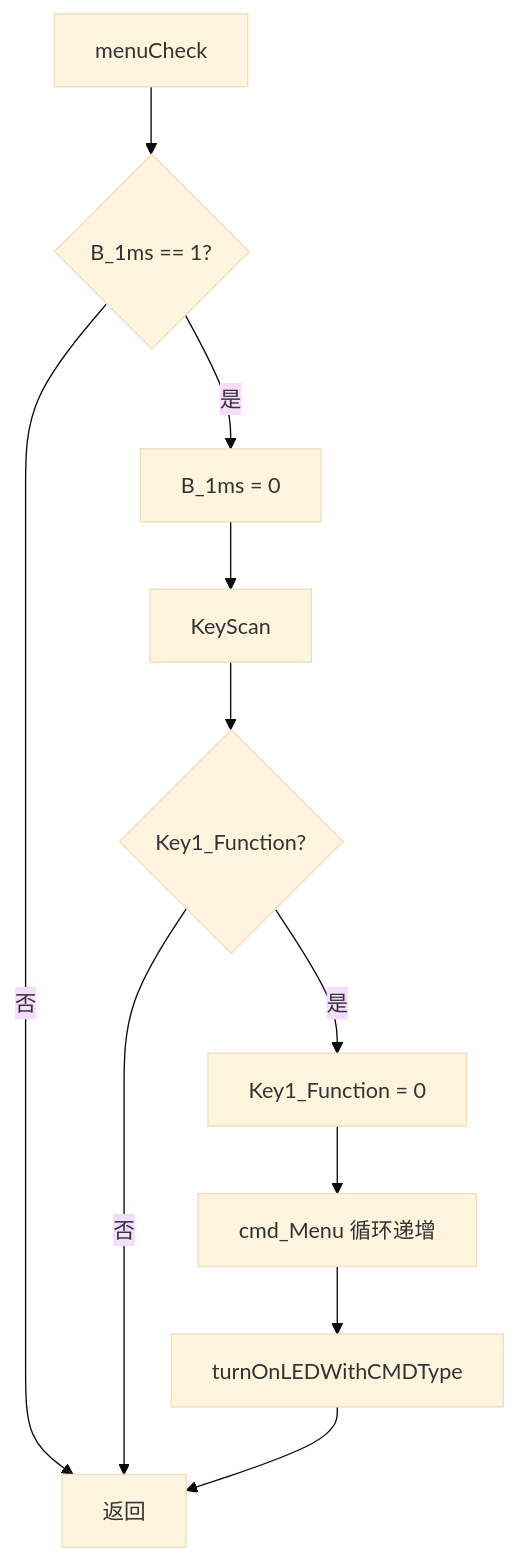
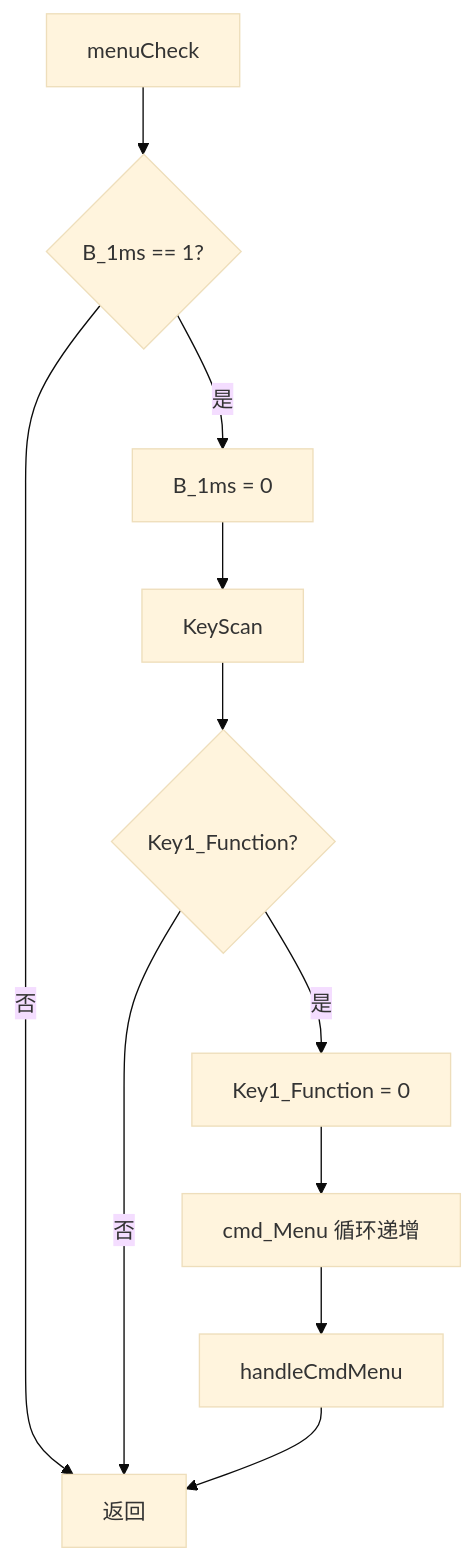
One commit to chensheng12330/SolarOutdoorPortableLamp changed the fourth of 11 diagrams in FireLamp/docs/TECHNICAL_DESIGN.md. Above: the diagram before and after it, drawn with Mermaid (base theme). The commit also changed other lines of this file and 1 other file, not shown here.

````diff
--- a/FireLamp/docs/TECHNICAL_DESIGN.md
+++ b/FireLamp/docs/TECHNICAL_DESIGN.md
@@ -133,13 +133,13 @@
 ```mermaid
 flowchart TD
     A[menuCheck] --> B{B_1ms == 1?}
     B -->|否| Z[返回]
     B -->|是| C[B_1ms = 0]
     C --> D[KeyScan]
     D --> E{Key1_Function?}
     E -->|否| Z
     E -->|是| F[Key1_Function = 0]
     F --> G[cmd_Menu 循环递增]
-    G --> H[turnOnLEDWithCMDType]
+    G --> H[handleCmdMenu]
     H --> Z
 ```
````
